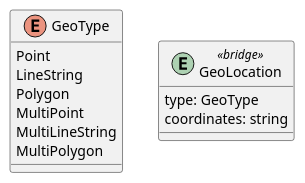
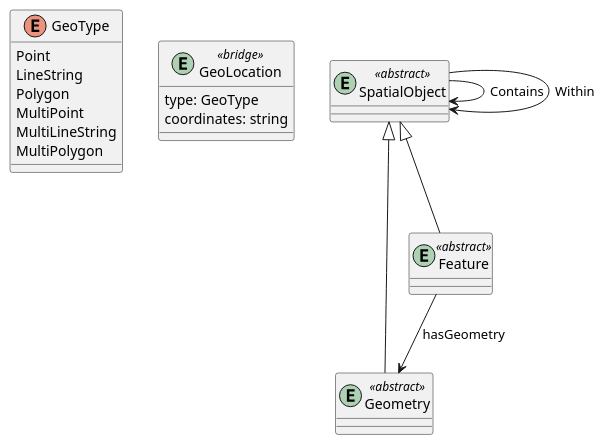
Before and after one commit to HenriKCorrea/agentwin-knowledge-graph: the diagram in diagrams/smart-city/smart-city-topology.puml, drawn with PlantUML. The commit also changed 5 other files, not shown here.

Commit message:
feat: enhance smart city diagrams with new entities and improved definitions

```diff
--- a/diagrams/smart-city/smart-city-topology.puml
+++ b/diagrams/smart-city/smart-city-topology.puml
@@ -1,46 +1,46 @@
 @startuml Smart City Topology
 
 enum GeoType {
     Point
     LineString
     Polygon
     MultiPoint
     MultiLineString
     MultiPolygon
 }
 
 ' <<bridge>> decision:
 ' - **`GeoLocation`** — the Smart City side of the GeoLocation ↔ Location semantic gap. Uses GeoJSON-typed geometry
 '   (type: GeoType, coordinates: string) as opposed to the Energy Grid CIM scalar Cartesian model
 '   (xPosition/yPosition). The agent must negotiate this coordinate system mismatch when correlating
 '   Smart City geographic entities with grid asset zones (e.g., SubGeographicalRegion → Substation).
 entity GeoLocation <<bridge>> {
     type: GeoType
     coordinates: string /' Depends on the type of the location. '/
 }
 
-' ' Spatial-object represents everything that can have a spatial representation.
-' ' It is superclass of feature and geometry.
-' ' GeoSPARQL 1.0 is an OGC Standard.Copyright (c) 2012 Open Geospatial Consortium.
-' entity SpatialObject <<abstract>> {
-' }
+' Spatial-object represents everything that can have a spatial representation.
+' It is superclass of feature and geometry.
+' GeoSPARQL 1.0 is an OGC Standard.Copyright (c) 2012 Open Geospatial Consortium.
+entity SpatialObject <<abstract>> {
+}
 
-' ' The class represents the top-level geometry type.
-' ' This class is equivalent to the UML class GM_Object defined in ISO 19107, and it is superclass of all geometry types.
-' ' GeoSPARQL 1.0 is an OGC Standard.Copyright (c) 2012 Open Geospatial Consortium.
-' entity Geometry <<abstract>> extends SpatialObject {
-' }
+' The class represents the top-level geometry type.
+' This class is equivalent to the UML class GM_Object defined in ISO 19107, and it is superclass of all geometry types.
+' GeoSPARQL 1.0 is an OGC Standard.Copyright (c) 2012 Open Geospatial Consortium.
+entity Geometry <<abstract>> extends SpatialObject {
+}
 
-' ' This class represents the top-level feature type.
-' ' This class is equivalent to GFI_Feature defined in ISO 19156:2011, and it is superclass of all feature types.
-' ' GeoSPARQL 1.0 is an OGC Standard.Copyright (c) 2012 Open Geospatial Consortium.
-' entity Feature <<abstract>> extends SpatialObject {
-' }
+' This class represents the top-level feature type.
+' This class is equivalent to GFI_Feature defined in ISO 19156:2011, and it is superclass of all feature types.
+' GeoSPARQL 1.0 is an OGC Standard.Copyright (c) 2012 Open Geospatial Consortium.
+entity Feature <<abstract>> extends SpatialObject {
+}
 
-' SpatialObject --> SpatialObject : Contains
+SpatialObject --> SpatialObject : Contains
 
-' SpatialObject --> SpatialObject : Within
+SpatialObject --> SpatialObject : Within
 
-' Feature --> Geometry : hasGeometry
+Feature --> Geometry : hasGeometry
 
 @enduml
```
